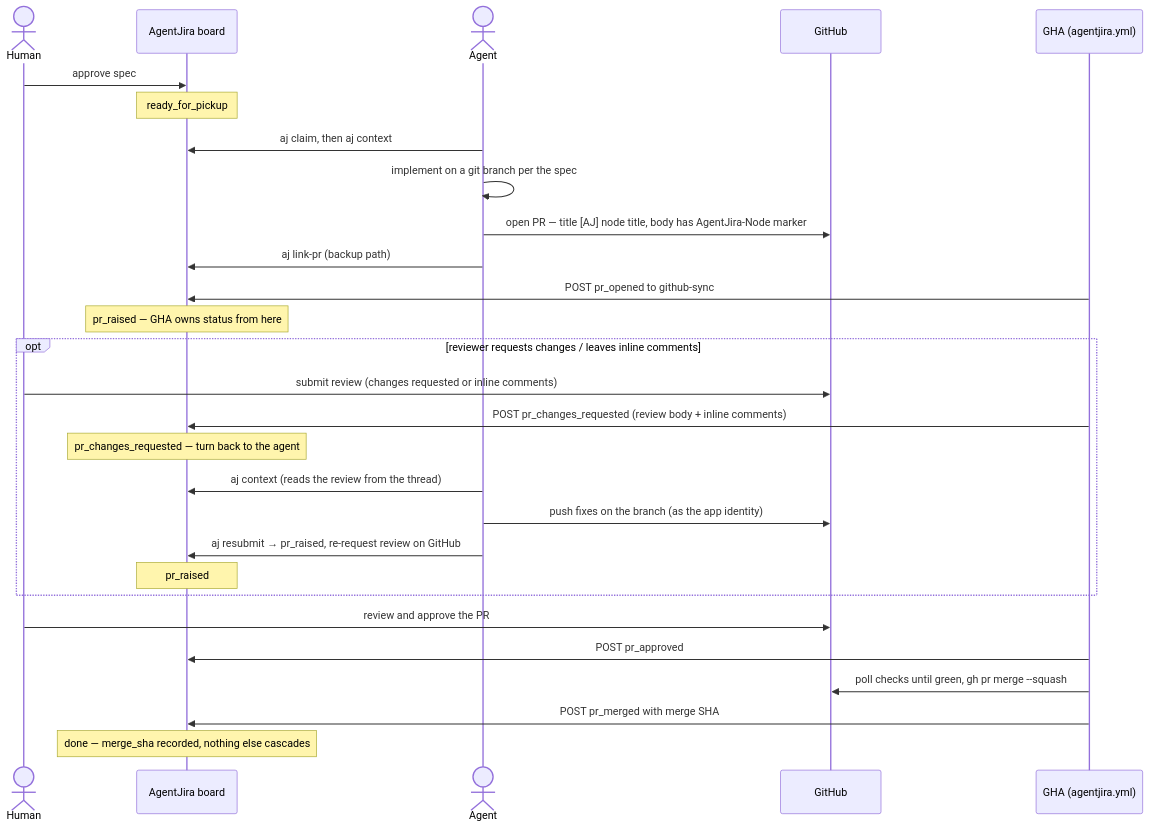
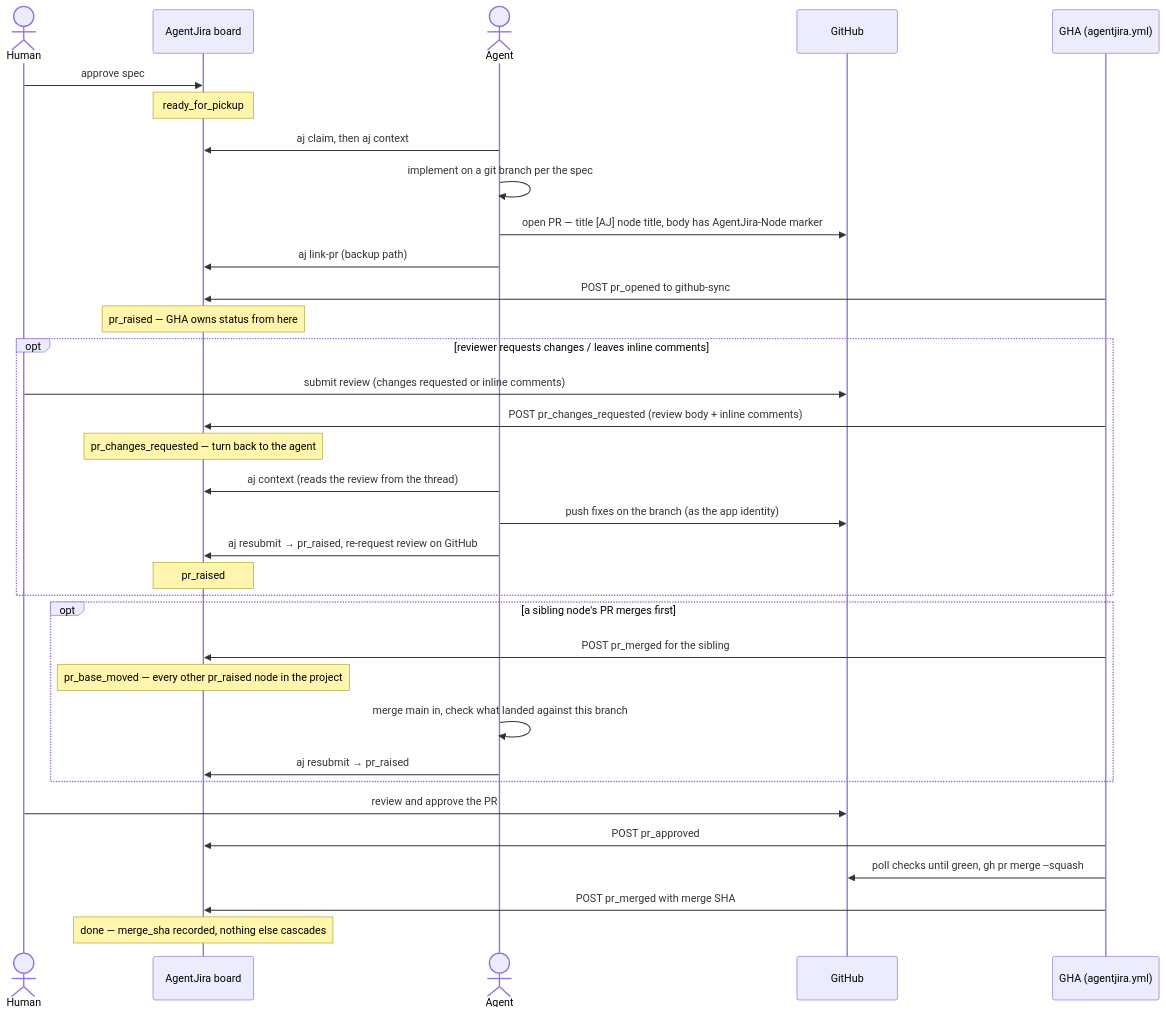
One commit to DanWilkins2107/AgentJira changed the fourth of 5 diagrams in docs/workflow.md. Above: the diagram before and after it, drawn with Mermaid. The commit also changed other lines of this file and 14 other files, not shown here.

First line of the commit message:
feat(board): hand open PRs back to an agent when main moves

````diff
--- a/docs/workflow.md
+++ b/docs/workflow.md
@@ -143,31 +147,37 @@
 ```mermaid
 sequenceDiagram
     actor Human
     participant Board as AgentJira board
     actor Agent
     participant GitHub
     participant GHA as GHA (agentjira.yml)
 
     Human->>Board: approve spec
     Note over Board: ready_for_pickup
     Agent->>Board: aj claim, then aj context
     Agent->>Agent: implement on a git branch per the spec
     Agent->>GitHub: open PR — title [AJ] node title, body has AgentJira-Node marker
     Agent->>Board: aj link-pr (backup path)
     GHA->>Board: POST pr_opened to github-sync
     Note over Board: pr_raised — GHA owns status from here
     opt reviewer requests changes / leaves inline comments
         Human->>GitHub: submit review (changes requested or inline comments)
         GHA->>Board: POST pr_changes_requested (review body + inline comments)
         Note over Board: pr_changes_requested — turn back to the agent
         Agent->>Board: aj context (reads the review from the thread)
         Agent->>GitHub: push fixes on the branch (as the app identity)
         Agent->>Board: aj resubmit → pr_raised, re-request review on GitHub
         Note over Board: pr_raised
     end
+    opt a sibling node's PR merges first
+        GHA->>Board: POST pr_merged for the sibling
+        Note over Board: pr_base_moved — every other pr_raised node in the project
+        Agent->>Agent: merge main in, check what landed against this branch
+        Agent->>Board: aj resubmit → pr_raised
+    end
     Human->>GitHub: review and approve the PR
     GHA->>Board: POST pr_approved
     GHA->>GitHub: poll checks until green, gh pr merge --squash
     GHA->>Board: POST pr_merged with merge SHA
     Note over Board: done — merge_sha recorded, nothing else cascades
 ```
````
